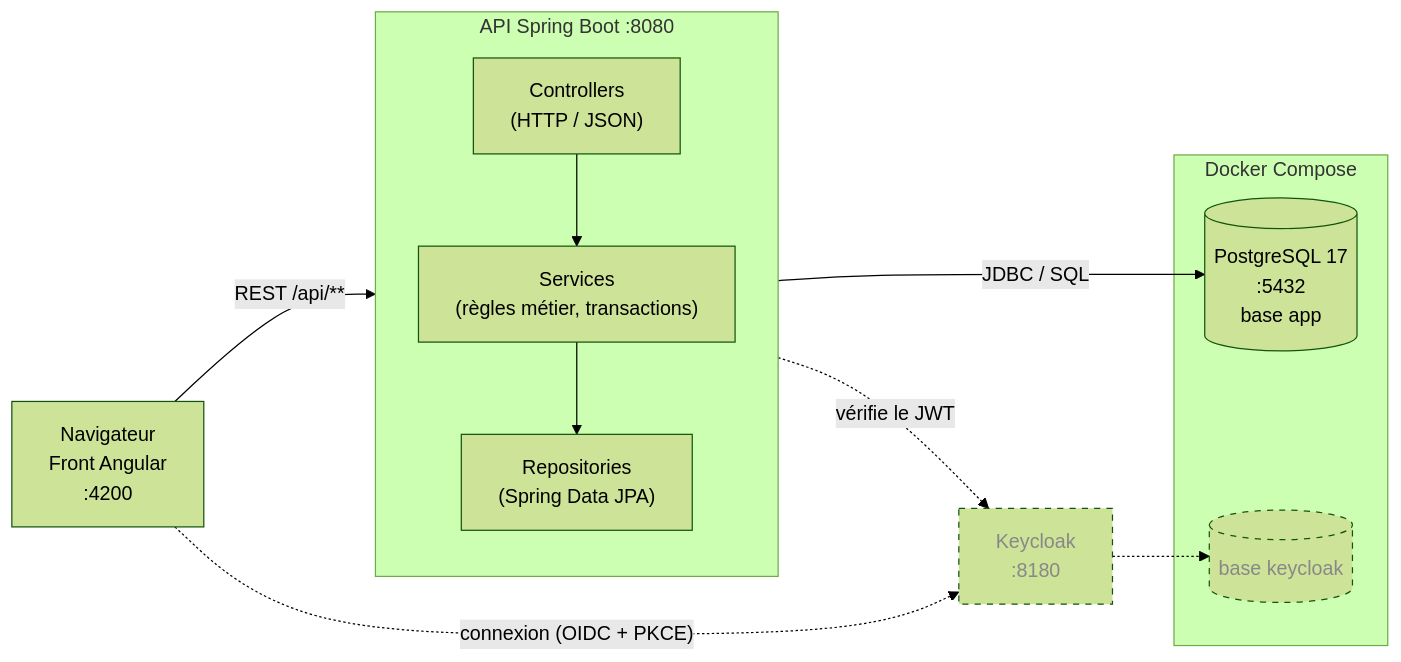
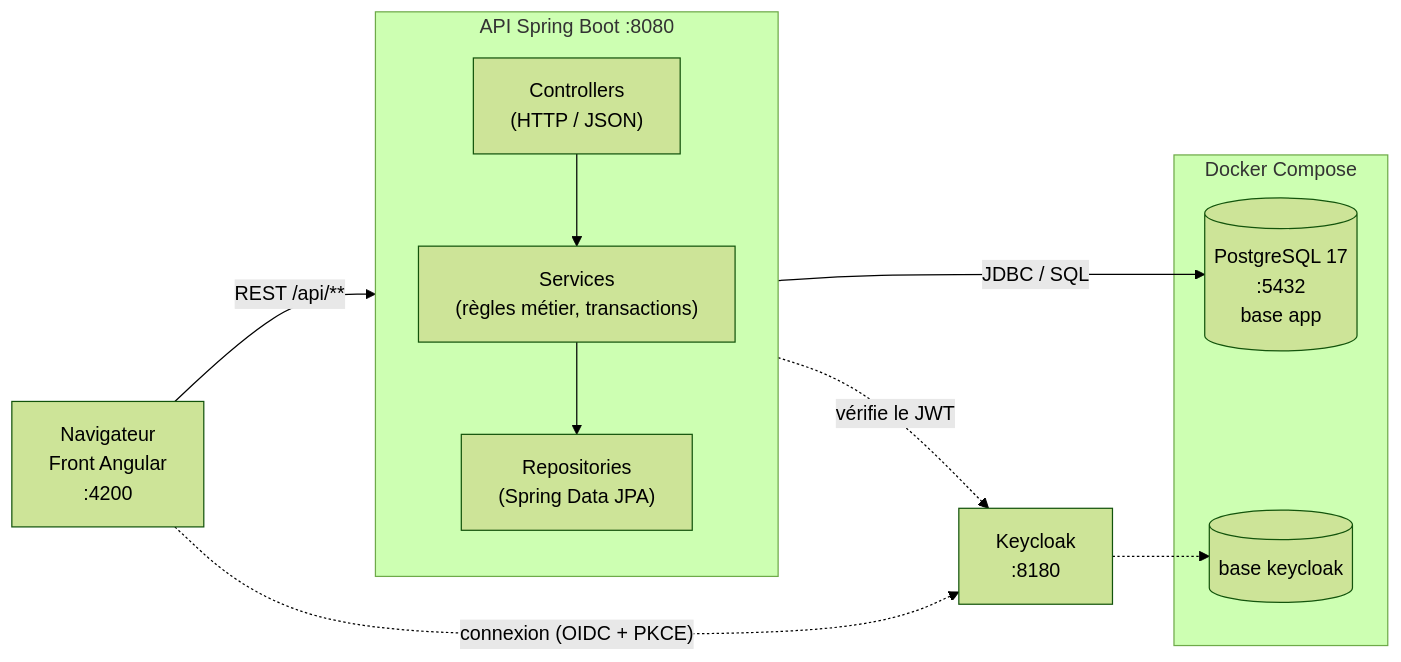
Before and after one commit to tadamiura-delia/prime-transport-api: the first of 4 diagrams in docs/architecture.md, drawn with Mermaid (forest theme). The commit also changed other lines of this file, not shown here.

````diff
--- a/docs/architecture.md
+++ b/docs/architecture.md
@@ -12,27 +12,24 @@
 ```mermaid
 flowchart LR
     navigateur["Navigateur<br/>Front Angular<br/>:4200"]
     keycloak["Keycloak<br/>:8180"]
 
     subgraph api["API Spring Boot :8080"]
         direction TB
         controller["Controllers<br/>(HTTP / JSON)"]
         service["Services<br/>(règles métier, transactions)"]
         repository["Repositories<br/>(Spring Data JPA)"]
         controller --> service --> repository
     end
 
     subgraph docker["Docker Compose"]
         postgres[("PostgreSQL 17<br/>:5432<br/>base app")]
         keycloakdb[("base keycloak")]
     end
 
     navigateur -- "REST /api/**" --> controller
     repository -- "JDBC / SQL" --> postgres
     navigateur -. "connexion (OIDC + PKCE)" .-> keycloak
     controller -. "vérifie le JWT" .-> keycloak
     keycloak -.-> keycloakdb
-
-    classDef prevu stroke-dasharray: 5 5,color:#888
-    class keycloak,keycloakdb prevu
 ```
````
